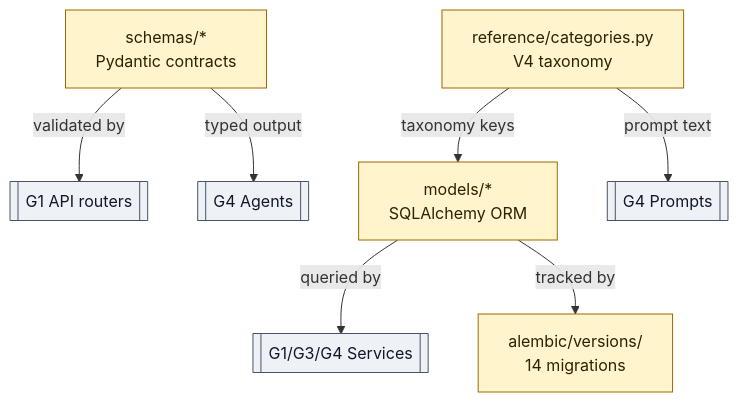
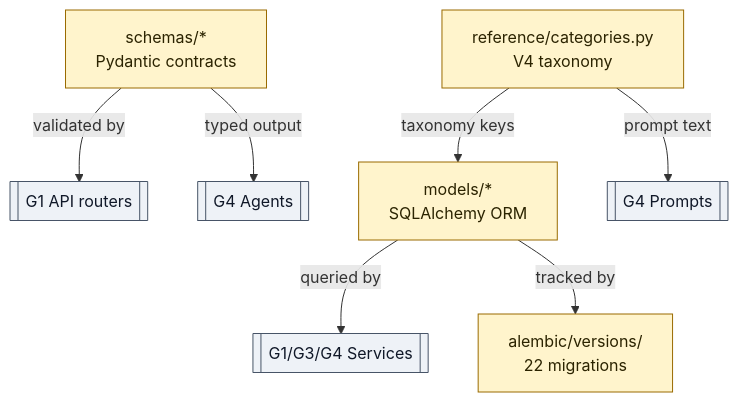
Before and after one commit to Brownbull/gastify: the second of 2 diagrams in docs/wells/2-data-model.md, drawn with Mermaid. The commit also changed other lines of this file and 20 other files, not shown here.

````diff
--- a/docs/wells/2-data-model.md
+++ b/docs/wells/2-data-model.md
@@ -153,14 +166,14 @@
 ```mermaid
 flowchart TD
   schemas["schemas/*<br/>Pydantic contracts"] --> |"validated by"| api[["G1 API routers"]]
   schemas --> |"typed output"| agents[["G4 Agents"]]
   models["models/*<br/>SQLAlchemy ORM"] --> |"queried by"| services[["G1/G3/G4 Services"]]
   ref["reference/categories.py<br/>V4 taxonomy"] --> |"taxonomy keys"| models
   ref --> |"prompt text"| prompts[["G4 Prompts"]]
-  models --> |"tracked by"| alembic["alembic/versions/<br/>14 migrations"]
+  models --> |"tracked by"| alembic["alembic/versions/<br/>22 migrations"]
 
   classDef g2 fill:#fff4cc,stroke:#9a6b00,color:#2b2300;
   classDef external fill:#eef2f7,stroke:#475467,color:#101828;
   class schemas,models,ref,alembic g2;
   class api,agents,services,prompts external;
 ```
````
